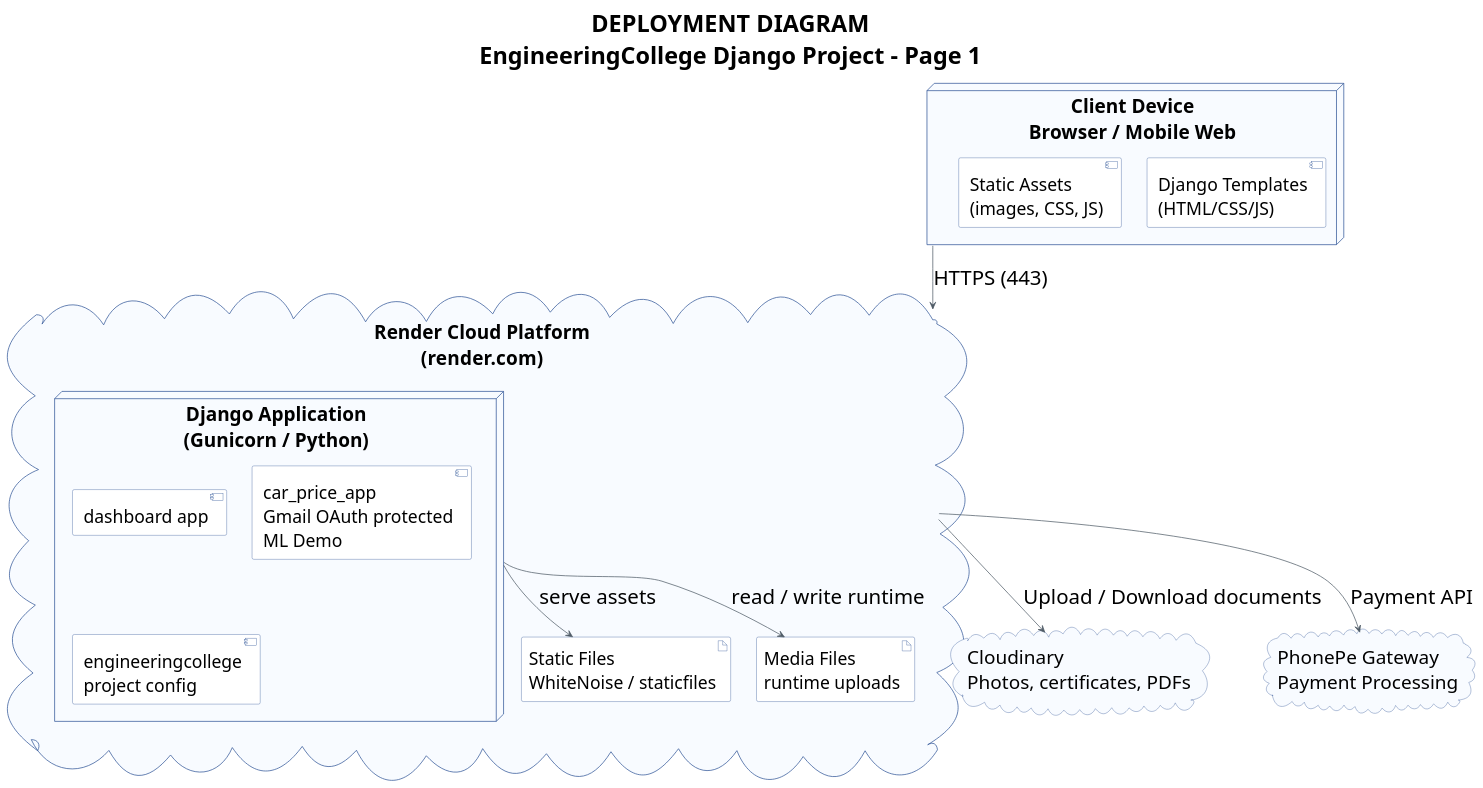
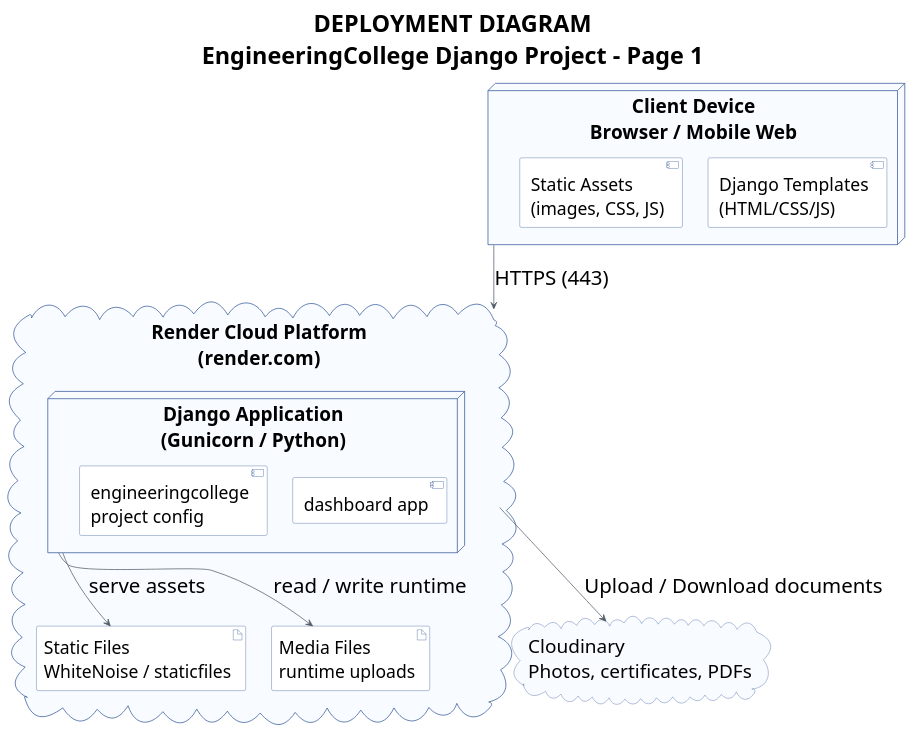
The diagram in project_domains/software-engineering/engineeringcollege-project/UML Diagrams/deployment_diagram_page1.puml (kvijanrk13/engineeringcollege), drawn with PlantUML before and after one commit. The commit also changed 6 other files, not shown here.

Commit message:
Refresh A4 UML diagrams: remove Car Price + PhonePe, add ER diagram, regen PNGs

```diff
--- a/project_domains/software-engineering/engineeringcollege-project/UML Diagrams/deployment_diagram_page1.puml
+++ b/project_domains/software-engineering/engineeringcollege-project/UML Diagrams/deployment_diagram_page1.puml
@@ -1,60 +1,57 @@
 @startuml
 title DEPLOYMENT DIAGRAM\nEngineeringCollege Django Project - Page 1
 
 skinparam backgroundColor white
 skinparam shadowing false
 skinparam defaultFontName Arial
 skinparam defaultFontSize 28
 skinparam titleFontSize 32
 skinparam titleFontStyle bold
 skinparam node {
   BorderColor #2F5597
   BackgroundColor #F8FBFF
   FontSize 26
 }
 skinparam database {
   BorderColor #2F5597
   BackgroundColor #F8FBFF
   FontSize 26
 }
 skinparam cloud {
   BorderColor #2F5597
   BackgroundColor #F8FBFF
   FontSize 26
 }
 skinparam component {
   BorderColor #2F5597
   BackgroundColor white
   FontSize 24
 }
 skinparam artifact {
   BorderColor #2F5597
   BackgroundColor white
   FontSize 24
 }
 skinparam ArrowColor #4F5B66
 
 node "Client Device\nBrowser / Mobile Web" as Client {
   component "Django Templates\n(HTML/CSS/JS)" as Templates
   component "Static Assets\n(images, CSS, JS)" as StaticAssets
 }
 
 cloud "Render Cloud Platform\n(render.com)" as Render {
   node "Django Application\n(Gunicorn / Python)" as DjangoApp {
     component "dashboard app" as dashboard
-    component "car_price_app\nGmail OAuth protected\nML Demo" as car_app
     component "engineeringcollege\nproject config" as project
   }
   artifact "Static Files\nWhiteNoise / staticfiles" as StaticFiles
   artifact "Media Files\nruntime uploads" as MediaFiles
 }
 
 cloud "Cloudinary\nPhotos, certificates, PDFs" as CloudStorage
-cloud "PhonePe Gateway\nPayment Processing" as PhonePe
 
 Client --> Render : HTTPS (443)
 Render --> CloudStorage : Upload / Download documents
-Render --> PhonePe : Payment API
 DjangoApp --> StaticFiles : serve assets
 DjangoApp --> MediaFiles : read / write runtime
 @enduml
```
